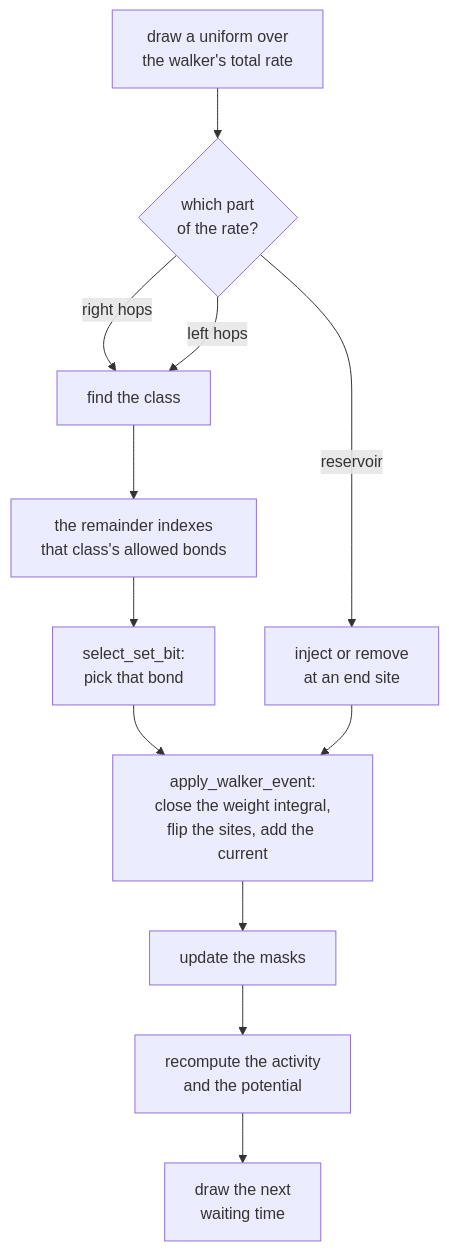
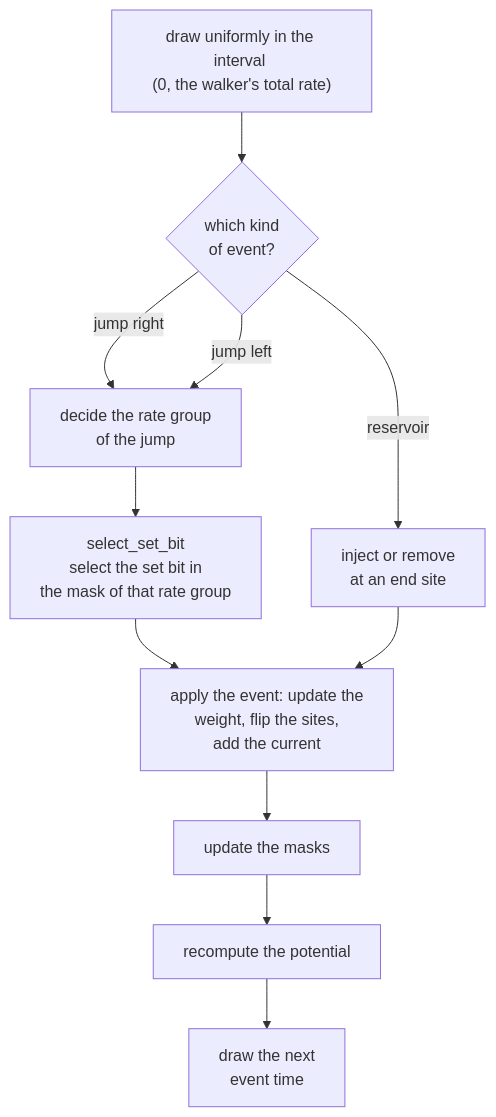
The third of 3 diagrams in Simulator/docs/SIMULATION_FLOW.md (jcosta99/Rare-Events-Simulator), drawn with Mermaid before and after one commit. The commit also changed other lines of this file and 12 other files, not shown here.

````diff
--- a/Simulator/docs/SIMULATION_FLOW.md
+++ b/Simulator/docs/SIMULATION_FLOW.md
@@ -112,15 +111,14 @@
 ```mermaid
 flowchart TD
-    draw["draw a uniform over<br/>the walker's total rate"] --> dir{"which part<br/>of the rate?"}
-    dir -->|"right hops"| cls["find the class"]
-    dir -->|"left hops"| cls
+    draw["draw uniformly in the interval <br/>(0, the walker's total rate)"] --> dir{"which kind<br/>of event?"}
+    dir -->|"jump right"| cls["decide the rate group<br/>of the jump"]
+    dir -->|"jump left"| cls
     dir -->|"reservoir"| bnd["inject or remove<br/>at an end site"]
-    cls --> ordinal["the remainder indexes<br/>that class's allowed bonds"]
-    ordinal --> pick["select_set_bit:<br/>pick that bond"]
+    cls --> pick["select_set_bit <br/>select the set bit in<br/>the mask of that rate group"]
     pick --> apply
     bnd --> apply
-    apply["apply_walker_event:<br/>close the weight integral,<br/>flip the sites, add the current"]
+    apply["apply the event: update the<br/>weight, flip the sites,<br/>add the current"]
     apply --> masks["update the masks"]
-    masks --> rate["recompute the activity<br/>and the potential"]
-    rate --> wait["draw the next<br/>waiting time"]
+    masks --> rate["recompute the potential"]
+    rate --> wait["draw the next<br/>event time"]
 ```
````
